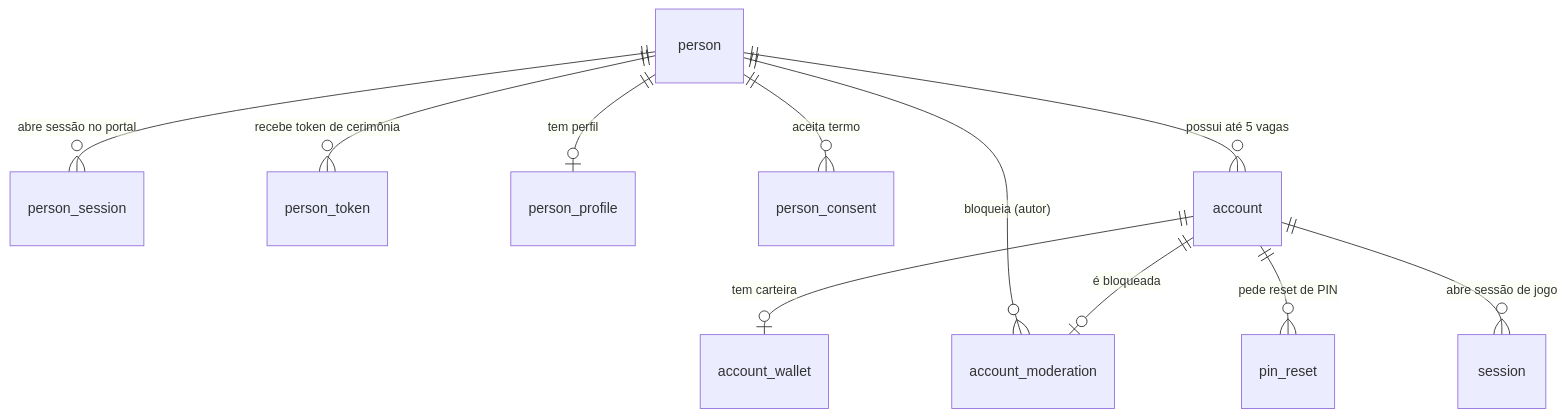
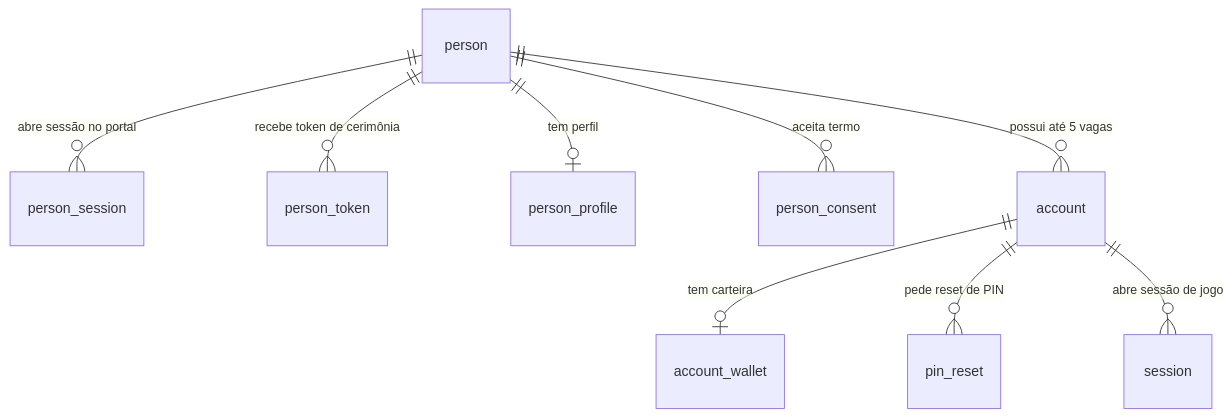
One commit to lucascantarelli/wyd changed the diagram in planejamento-1.0.0/wyd-db/docs/dicionario-dados/dominio-acesso.md. Above: the diagram before and after it, drawn with Mermaid. The commit also changed other lines of this file and 171 other files, not shown here.

````diff
--- a/planejamento-1.0.0/wyd-db/docs/dicionario-dados/dominio-acesso.md
+++ b/planejamento-1.0.0/wyd-db/docs/dicionario-dados/dominio-acesso.md
@@ -32,13 +31,11 @@
 ```mermaid
 erDiagram
     person ||--o{ person_session : "abre sessão no portal"
     person ||--o{ person_token : "recebe token de cerimônia"
     person ||--o| person_profile : "tem perfil"
     person ||--o{ person_consent : "aceita termo"
     person ||--o{ account : "possui até 5 vagas"
-    person ||--o{ account_moderation : "bloqueia (autor)"
     account ||--o| account_wallet : "tem carteira"
-    account ||--o| account_moderation : "é bloqueada"
     account ||--o{ pin_reset : "pede reset de PIN"
     account ||--o{ session : "abre sessão de jogo"
 ```
````
